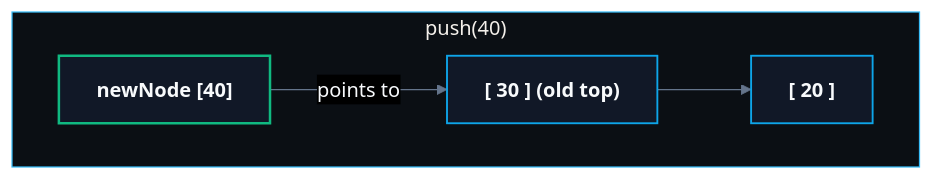
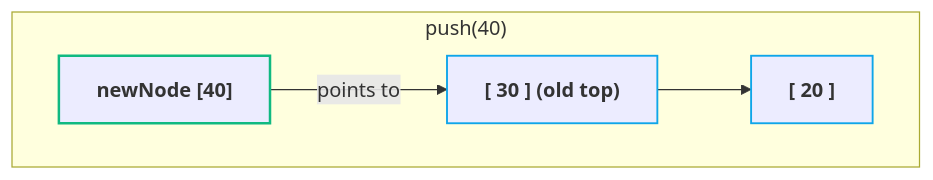
The fourth of 5 diagrams in CS/DSA/06. Stacks & Queues/02. Stack Implementation from Scratch.md (abhinavbharti2345/CS_Notes), drawn with Mermaid before and after one commit. The commit also changed other lines of this file and 91 other files, not shown here.

````diff
--- a/CS/DSA/06. Stacks & Queues/02. Stack Implementation from Scratch.md
+++ b/CS/DSA/06. Stacks & Queues/02. Stack Implementation from Scratch.md
@@ -199,14 +196,13 @@
 ```mermaid
-%%{init: {'theme': 'base', 'themeVariables': { 'darkMode': true, 'background': '#0B0F14', 'mainBkg': '#111827', 'primaryColor': '#111827', 'primaryTextColor': '#F8FAFC', 'primaryBorderColor': '#38BDF8', 'lineColor': '#64748B', 'secondaryColor': '#0B0F14', 'tertiaryColor': '#0B0F14', 'clusterBkg': '#0B0F14', 'clusterBorder': '#38BDF8' }}}%%
 flowchart LR
     subgraph PushTrace ["push(40)"]
         direction LR
         NN["<b>newNode [40]</b>"] -->|points to| OldTop["<b>[ 30 ] (old top)</b>"]
         OldTop --> NextNode["<b>[ 20 ]</b>"]
     end
 
-    classDef newN fill:#111827,stroke:#10b981,stroke-width:2px,color:#F8FAFC;
-    classDef oldN fill:#111827,stroke:#0ea5e9,stroke-width:1.5px,color:#F8FAFC;
+    classDef newN stroke:#10b981,stroke-width:2px;
+    classDef oldN stroke:#0ea5e9,stroke-width:1.5px;
     class NN newN;
     class OldTop,NextNode oldN;
 ```
````
